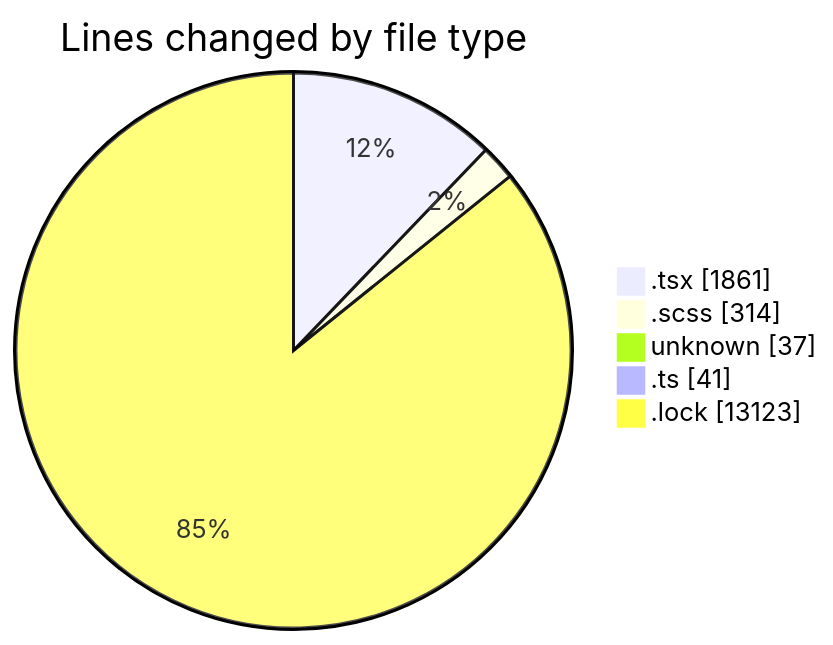
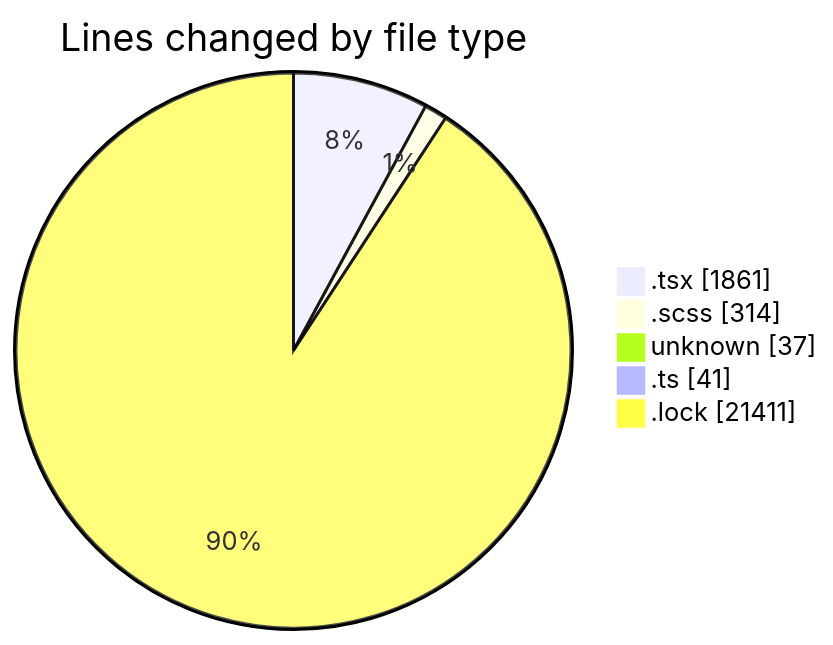
One commit to momahboobian/code-tracking changed the first of 2 diagrams in 2025-09-16/cda/README.md. Above: the diagram before and after it, drawn with Mermaid. The commit also changed other lines of this file and 1 other file, not shown here.

````diff
--- a/2025-09-16/cda/README.md
+++ b/2025-09-16/cda/README.md
@@ -30,9 +31,9 @@
 ```mermaid
 pie showData
 title Lines changed by file type
 ".tsx" : 1861
 ".scss" : 314
 "unknown" : 37
 ".ts" : 41
-".lock" : 13123
+".lock" : 21411
 ```
````
